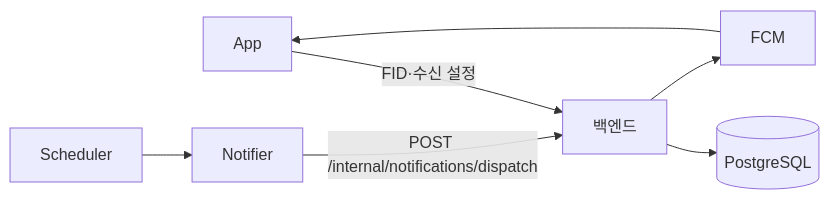
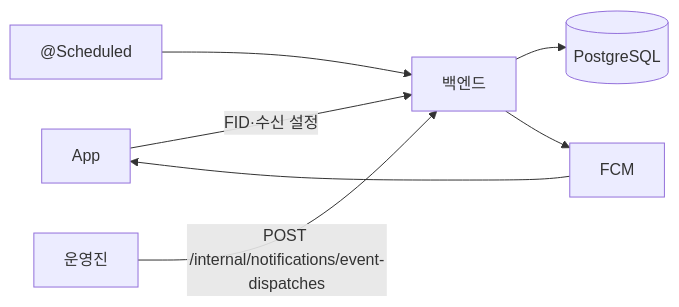
Before and after one commit to DaeSaBu/meongcoach-BE: the diagram in docs/notification.md, drawn with Mermaid. The commit also changed other lines of this file, not shown here.

````diff
--- a/docs/notification.md
+++ b/docs/notification.md
@@ -6,8 +6,8 @@
 ```mermaid
 flowchart LR
     App -- "FID·수신 설정" --> BE[백엔드]
-    Scheduler --> Notifier
-    Notifier -- "POST /internal/notifications/dispatch" --> BE
+    Cron["@Scheduled"] --> BE
+    Operator[운영진] -- "POST /internal/notifications/event-dispatches" --> BE
     BE --> DB[(PostgreSQL)]
     BE --> FCM --> App
 ```
````
